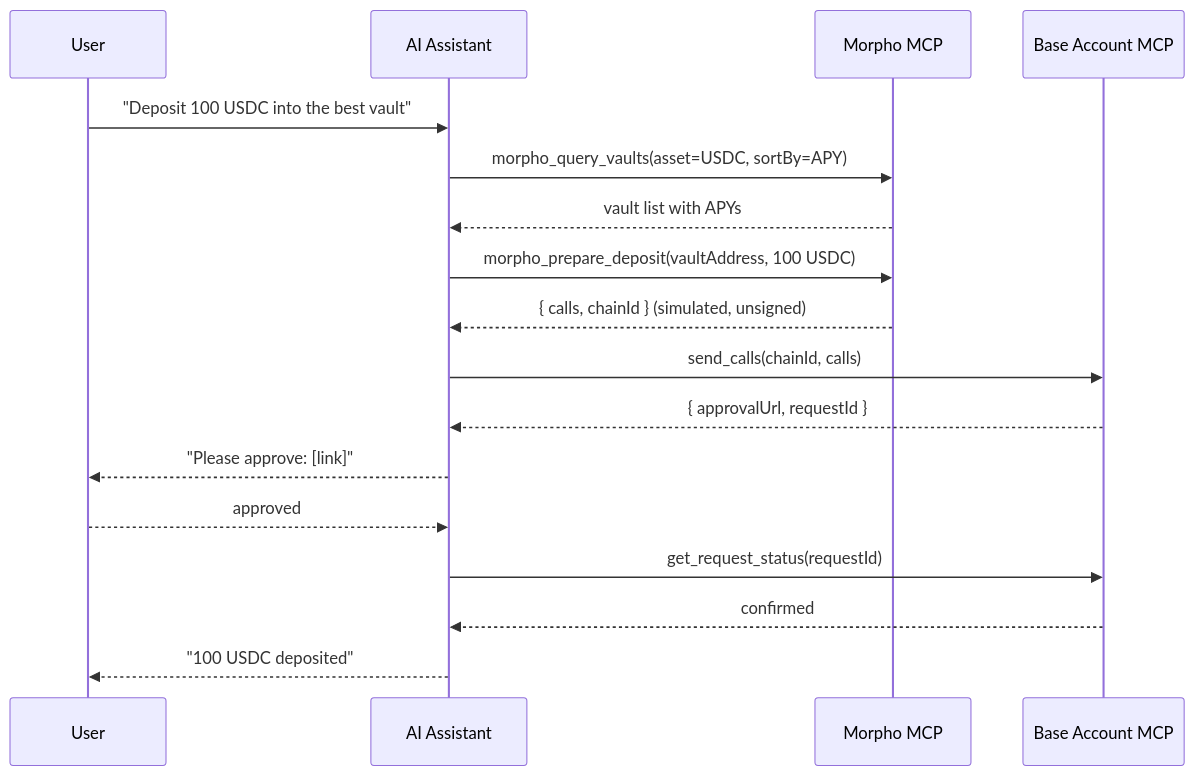
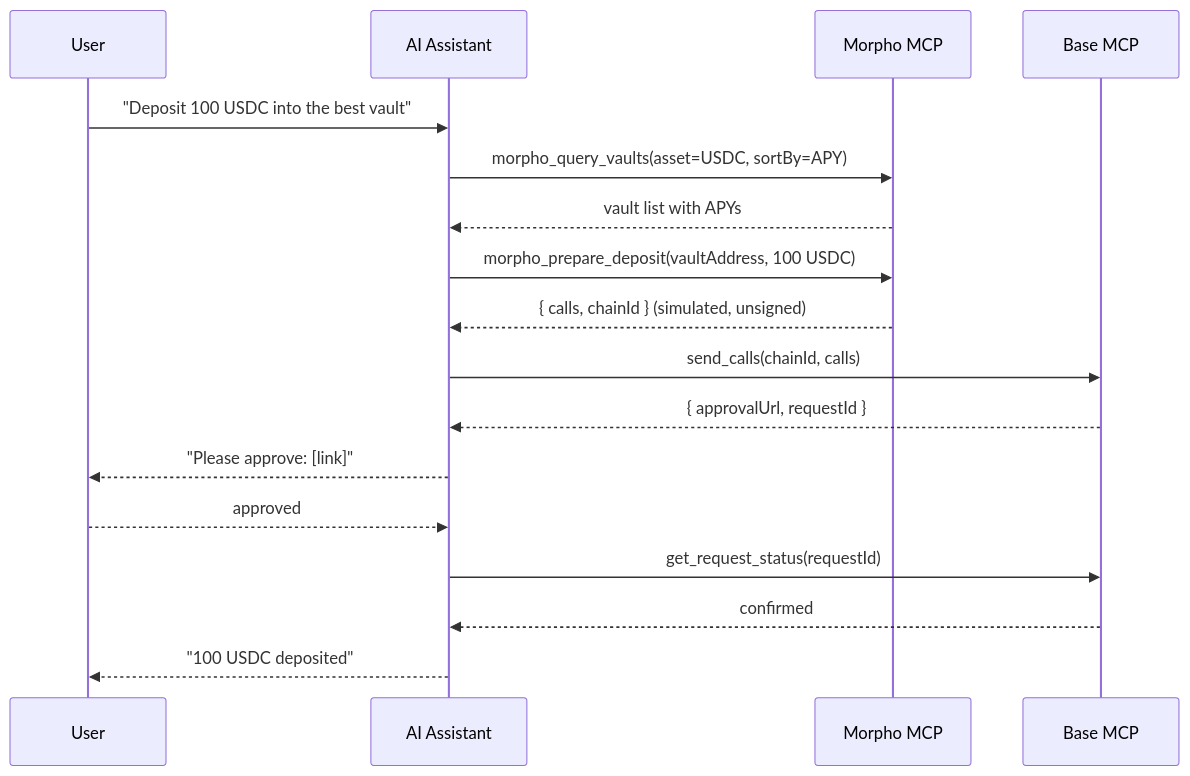
The diagram in docs/ai-agents/plugins/morpho.mdx (base/docs), drawn with Mermaid before and after one commit. The commit also changed other lines of this file and 15 other files, not shown here.

Commit message:
update base mcp naming

````diff
--- a/docs/ai-agents/plugins/morpho.mdx
+++ b/docs/ai-agents/plugins/morpho.mdx
@@ -19,20 +19,20 @@
 ```mermaid
 sequenceDiagram
     participant User
     participant AI as AI Assistant
     participant Morpho as Morpho MCP
-    participant BA as Base Account MCP
+    participant BA as Base MCP
 
     User->>AI: "Deposit 100 USDC into the best vault"
     AI->>Morpho: morpho_query_vaults(asset=USDC, sortBy=APY)
     Morpho-->>AI: vault list with APYs
     AI->>Morpho: morpho_prepare_deposit(vaultAddress, 100 USDC)
     Morpho-->>AI: { calls, chainId } (simulated, unsigned)
     AI->>BA: send_calls(chainId, calls)
     BA-->>AI: { approvalUrl, requestId }
     AI-->>User: "Please approve: [link]"
     User-->>AI: approved
     AI->>BA: get_request_status(requestId)
     BA-->>AI: confirmed
     AI-->>User: "100 USDC deposited"
 ```
````
